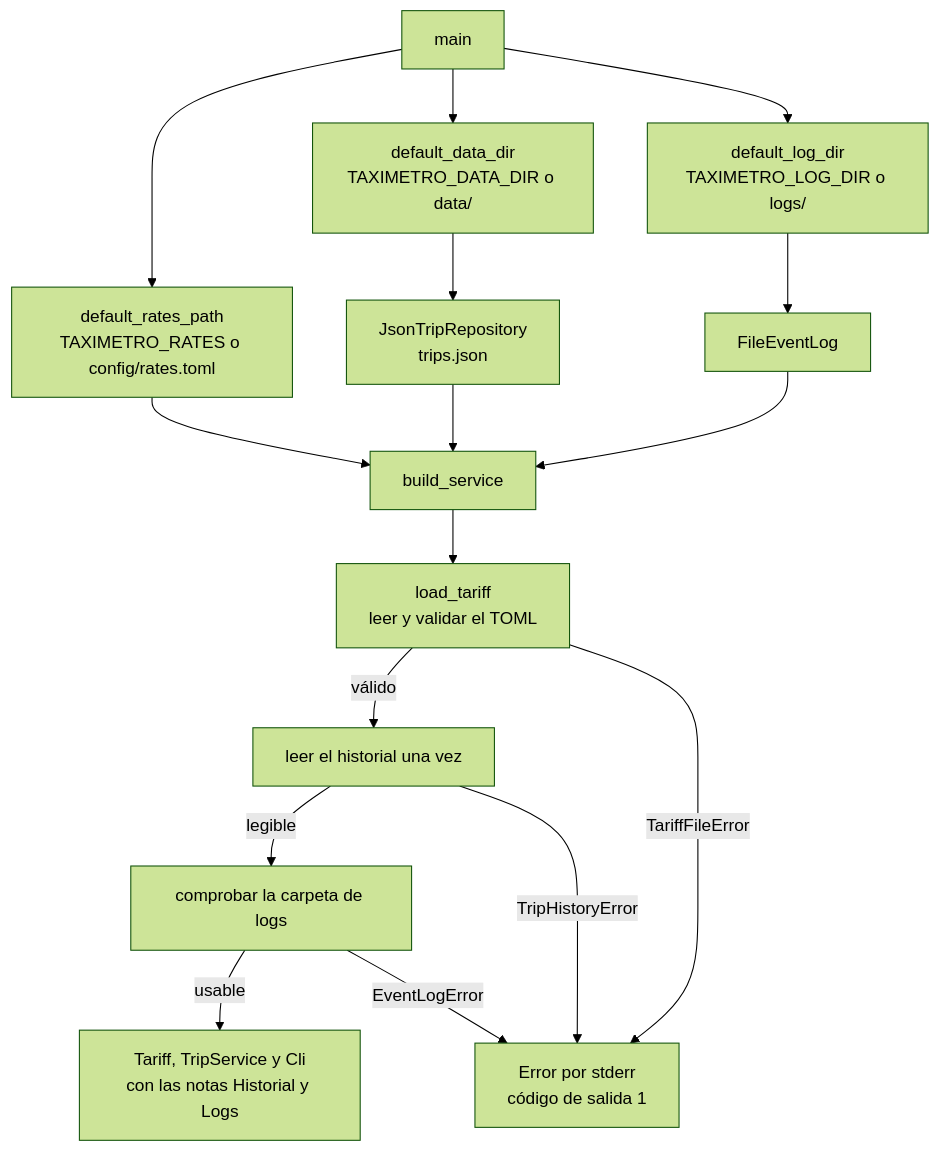
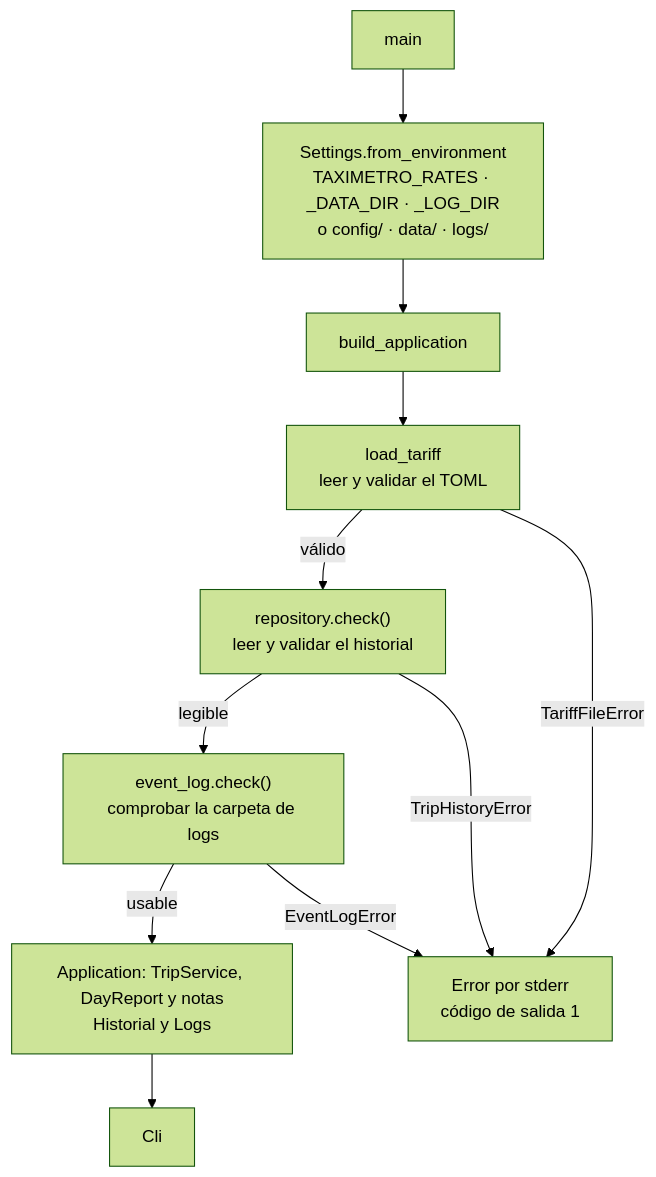
One commit to josegalindo-aidev/F5-project-py-taximetro changed the fourth of 4 diagrams in docs/ARCHITECTURE.md. Above: the diagram before and after it, drawn with Mermaid (forest theme). The commit also changed other lines of this file and 2 other files, not shown here.

````diff
--- a/docs/ARCHITECTURE.md
+++ b/docs/ARCHITECTURE.md
@@ -382,18 +403,13 @@
 ```mermaid
 flowchart TD
-    A["main"] --> B["default_rates_path<br/>TAXIMETRO_RATES o config/rates.toml"]
-    A --> G["default_data_dir<br/>TAXIMETRO_DATA_DIR o data/"]
-    G --> H["JsonTripRepository<br/>trips.json"]
-    B --> C["build_service"]
-    H --> C
-    A --> L["default_log_dir<br/>TAXIMETRO_LOG_DIR o logs/"]
-    L --> M["FileEventLog"]
-    M --> C
-    C --> D["load_tariff<br/>leer y validar el TOML"]
-    D -->|válido| I["leer el historial una vez"]
-    I -->|legible| J["comprobar la carpeta de logs"]
-    J -->|usable| E["Tariff, TripService y Cli<br/>con las notas Historial y Logs"]
-    J -->|EventLogError| F
+    A["main"] --> S["Settings.from_environment<br/>TAXIMETRO_RATES · _DATA_DIR · _LOG_DIR<br/>o config/ · data/ · logs/"]
+    S --> B["build_application"]
+    B --> D["load_tariff<br/>leer y validar el TOML"]
+    D -->|válido| I["repository.check()<br/>leer y validar el historial"]
+    I -->|legible| J["event_log.check()<br/>comprobar la carpeta de logs"]
+    J -->|usable| E["Application: TripService, DayReport y notas<br/>Historial y Logs"]
+    E --> C["Cli"]
     D -->|TariffFileError| F["Error por stderr<br/>código de salida 1"]
     I -->|TripHistoryError| F
+    J -->|EventLogError| F
 ```
````
